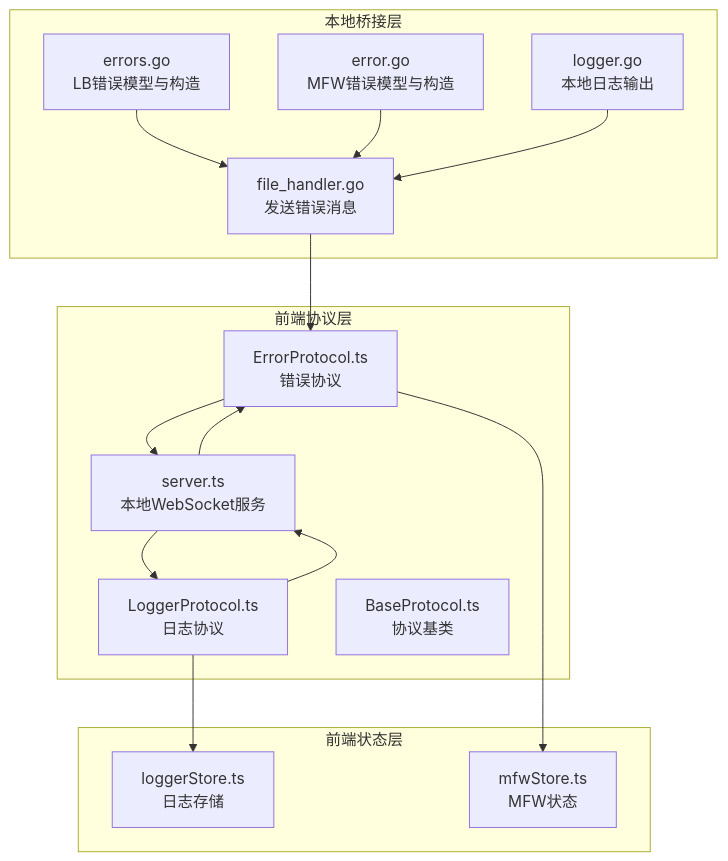
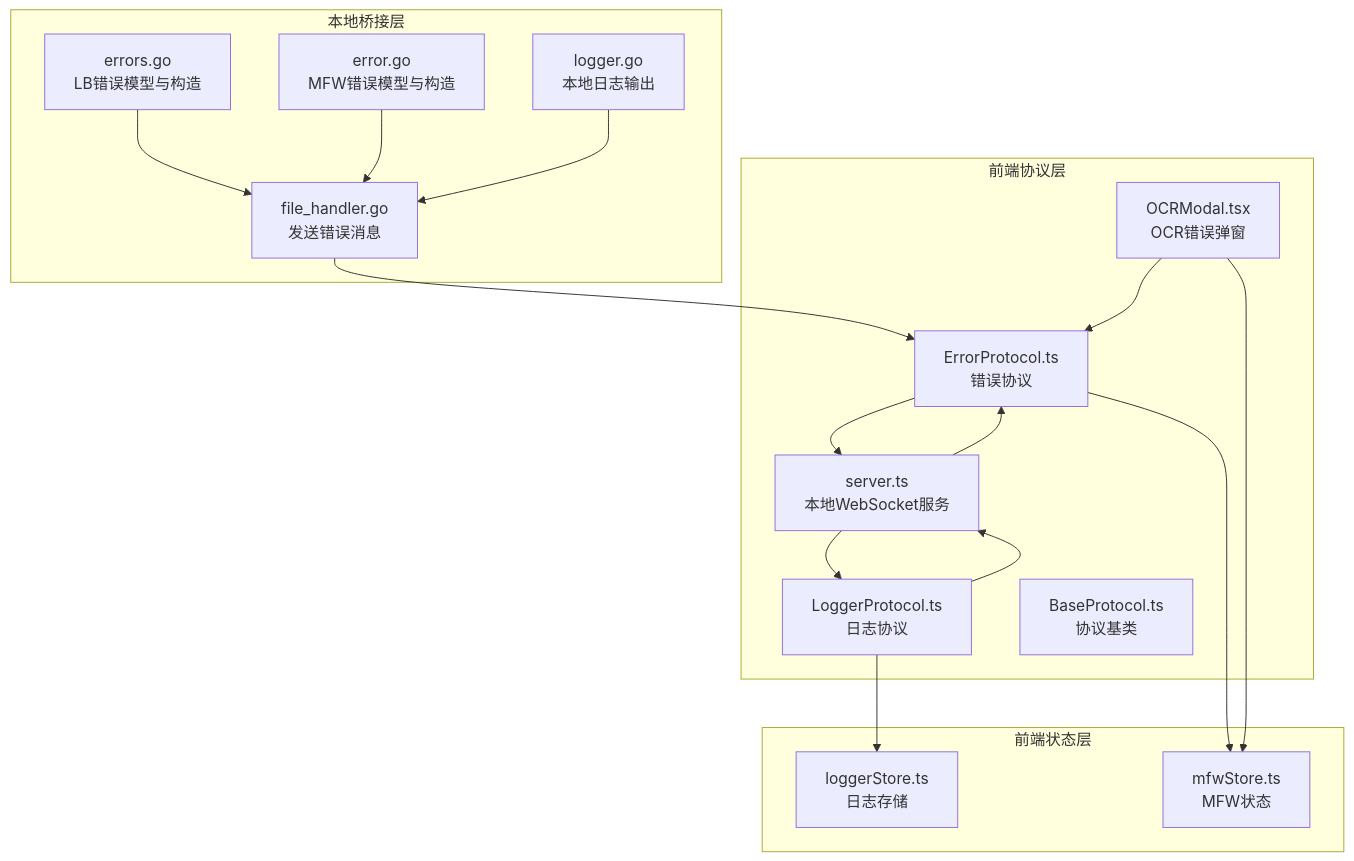
Before and after one commit to kqcoxn/MaaPipelineEditor: the first of 4 diagrams in .qoder/repowiki/zh/content/核心概念/通信协议/错误协议.md, drawn with Mermaid. The commit also changed other lines of this file and 50 other files, not shown here.

````diff
--- a/.qoder/repowiki/zh/content/核心概念/通信协议/错误协议.md
+++ b/.qoder/repowiki/zh/content/核心概念/通信协议/错误协议.md
@@ -36,29 +45,32 @@
 ```mermaid
 graph TB
 subgraph "前端协议层"
 EP["ErrorProtocol.ts<br/>错误协议"]
 LP["LoggerProtocol.ts<br/>日志协议"]
 SP["server.ts<br/>本地WebSocket服务"]
 BP["BaseProtocol.ts<br/>协议基类"]
+OM["OCRModal.tsx<br/>OCR错误弹窗"]
 end
 subgraph "前端状态层"
 LS["loggerStore.ts<br/>日志存储"]
 MS["mfwStore.ts<br/>MFW状态"]
 end
 subgraph "本地桥接层"
 EGO["errors.go<br/>LB错误模型与构造"]
 EGM["error.go<br/>MFW错误模型与构造"]
 FH["file_handler.go<br/>发送错误消息"]
 LG["logger.go<br/>本地日志输出"]
 end
 EP --> SP
 LP --> SP
 SP --> EP
 SP --> LP
 EP --> MS
 LP --> LS
 FH --> EP
 EGO --> FH
 EGM --> FH
 LG --> FH
+OM --> EP
+OM --> MS
 ```
````
